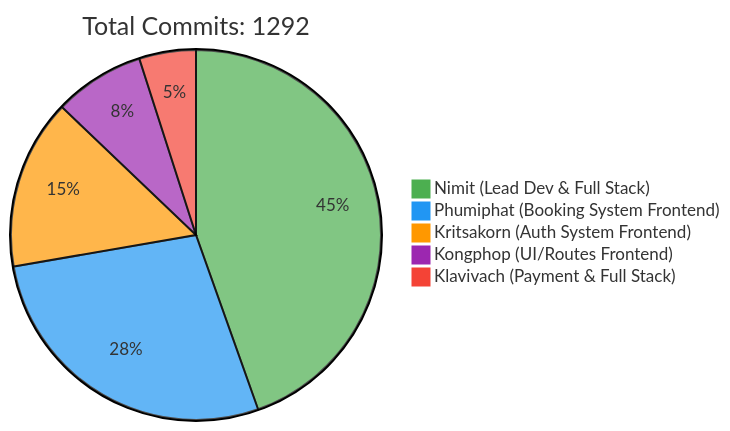
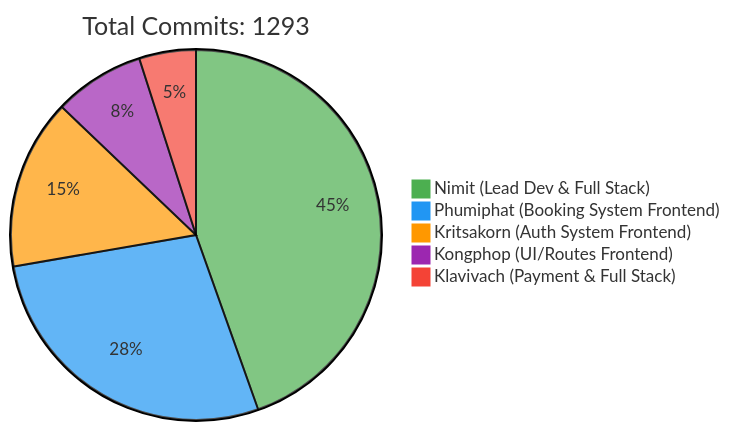
One commit to 6531503042/Sport-Complex changed the first of 2 diagrams in README.md. Above: the diagram before and after it, drawn with Mermaid. The commit also changed other lines of this file, not shown here.

Commit message:
docs: Update contributor statistics [skip ci]

````diff
--- a/README.md
+++ b/README.md
@@ -257,10 +257,10 @@
 ```mermaid
 %%{init: {'theme': 'base', 'themeVariables': { 'pie1': '#4CAF50', 'pie2': '#2196F3', 'pie3': '#FF9800', 'pie4': '#9C27B0', 'pie5': '#F44336'}}}%%
 pie
-    title Total Commits: 1292
+    title Total Commits: 1293
     "Nimit (Lead Dev & Full Stack)" : 450
     "Phumiphat (Booking System Frontend)" : 280
     "Kritsakorn (Auth System Frontend)" : 150
     "Kongphop (UI/Routes Frontend)" : 80
     "Klavivach (Payment & Full Stack)" : 50
 ```
````
